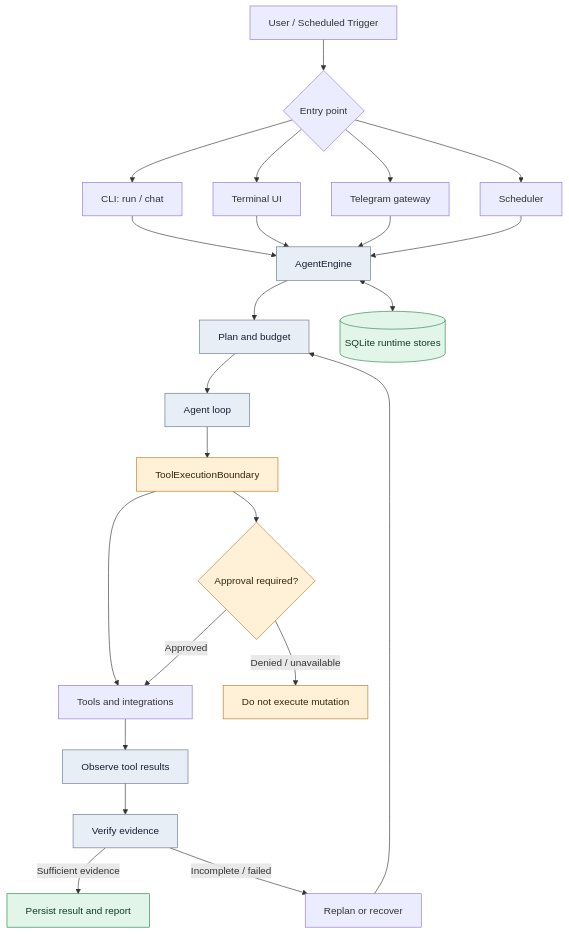
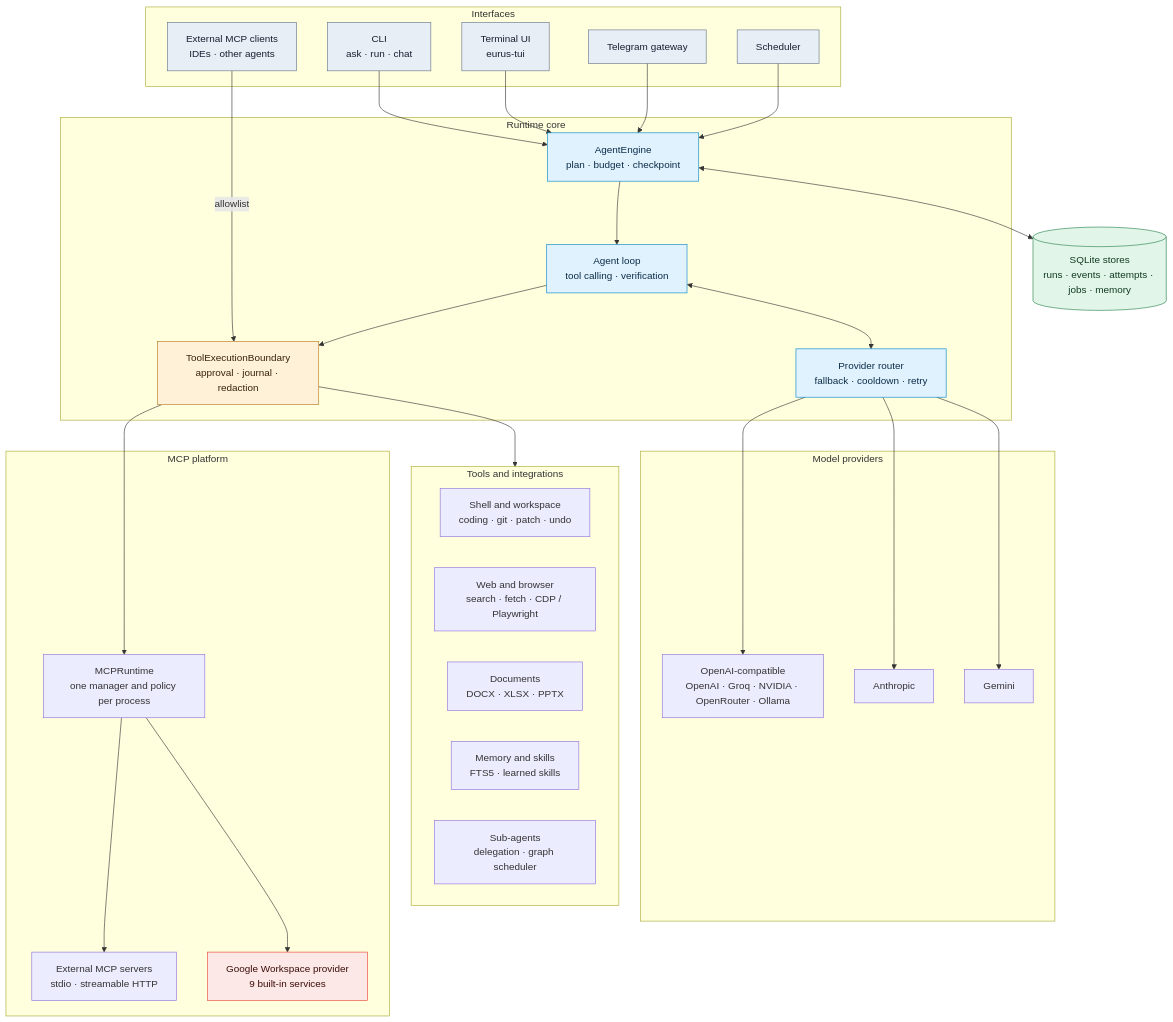
One commit to kyyinfinite/EURUS changed the first of 4 diagrams in README.md. Above: the diagram before and after it, drawn with Mermaid. The commit also changed other lines of this file and 5 other files, not shown here.

````diff
--- a/README.md
+++ b/README.md
@@ -61,34 +68,68 @@
 ```mermaid
-flowchart TD
-    USER["User / Scheduled Trigger"] --> ENTRY{"Entry point"}
-    ENTRY --> CLI["CLI: run / chat"]
-    ENTRY --> TUI["Terminal UI"]
-    ENTRY --> TG["Telegram gateway"]
-    ENTRY --> SCHED["Scheduler"]
-    CLI --> ENGINE["AgentEngine"]
+flowchart TB
+    subgraph IF["Interfaces"]
+        CLI["CLI<br/>ask · run · chat"]
+        TUI["Terminal UI<br/>eurus-tui"]
+        TG["Telegram gateway"]
+        SCH["Scheduler"]
+        EXT["External MCP clients<br/>IDEs · other agents"]
+    end
+
+    subgraph CORE["Runtime core"]
+        ENGINE["AgentEngine<br/>plan · budget · checkpoint"]
+        LOOP["Agent loop<br/>tool calling · verification"]
+        ROUTER["Provider router<br/>fallback · cooldown · retry"]
+        BOUNDARY["ToolExecutionBoundary<br/>approval · journal · redaction"]
+    end
+
+    subgraph LLM["Model providers"]
+        P1["OpenAI-compatible<br/>OpenAI · Groq · NVIDIA · OpenRouter · Ollama"]
+        P2["Anthropic"]
+        P3["Gemini"]
+    end
+
+    subgraph TOOLS["Tools and integrations"]
+        T1["Shell and workspace<br/>coding · git · patch · undo"]
+        T2["Web and browser<br/>search · fetch · CDP / Playwright"]
+        T3["Documents<br/>DOCX · XLSX · PPTX"]
+        T4["Memory and skills<br/>FTS5 · learned skills"]
+        T5["Sub-agents<br/>delegation · graph scheduler"]
+    end
+
+    subgraph MCP["MCP platform"]
+        RT["MCPRuntime<br/>one manager and policy per process"]
+        ES["External MCP servers<br/>stdio · streamable HTTP"]
+        GW["Google Workspace provider<br/>9 built-in services"]
+    end
+
+    STORE[("SQLite stores<br/>runs · events · attempts · jobs · memory")]
+
+    CLI --> ENGINE
     TUI --> ENGINE
     TG --> ENGINE
-    SCHED --> ENGINE
+    SCH --> ENGINE
+    EXT -->|"allowlist"| BOUNDARY
 
-    ENGINE --> PLAN["Plan and budget"]
-    PLAN --> LOOP["Agent loop"]
-    LOOP --> BOUNDARY["ToolExecutionBoundary"]
-    BOUNDARY --> TOOLS["Tools and integrations"]
-    TOOLS --> OBSERVE["Observe tool results"]
-    OBSERVE --> VERIFY["Verify evidence"]
-    VERIFY -->|Sufficient evidence| REPORT["Persist result and report"]
-    VERIFY -->|Incomplete / failed| RECOVER["Replan or recover"]
-    RECOVER --> PLAN
+    ENGINE --> LOOP
+    LOOP <--> ROUTER
+    ROUTER --> P1
+    ROUTER --> P2
+    ROUTER --> P3
+    LOOP --> BOUNDARY
+    BOUNDARY --> TOOLS
+    BOUNDARY --> RT
+    RT --> ES
+    RT --> GW
+    ENGINE <--> STORE
 
-    ENGINE <--> STORE[("SQLite runtime stores")]
-    BOUNDARY --> APPROVAL{"Approval required?"}
-    APPROVAL -->|Approved| TOOLS
-    APPROVAL -->|Denied / unavailable| DENY["Do not execute mutation"]
-
-    classDef main fill:#e8eef5,stroke:#64748b,color:#172033
+    classDef iface fill:#e8eef5,stroke:#64748b,color:#172033
+    classDef core fill:#e0f2fe,stroke:#0284c7,color:#0c2d48
     classDef secure fill:#fff0d8,stroke:#b7791f,color:#38240a
-    classDef success fill:#e1f5e8,stroke:#27824b,color:#123b23
-    class ENGINE,PLAN,LOOP,OBSERVE,VERIFY main
-    class BOUNDARY,APPROVAL,DENY secure
-    class REPORT,STORE success
+    classDef store fill:#e1f5e8,stroke:#27824b,color:#123b23
+    classDef google fill:#fce8e6,stroke:#ea4335,color:#3b0d0a
+    class CLI,TUI,TG,SCH,EXT iface
+    class ENGINE,LOOP,ROUTER core
+    class BOUNDARY secure
+    class STORE store
+    class GW google
 ```
````
